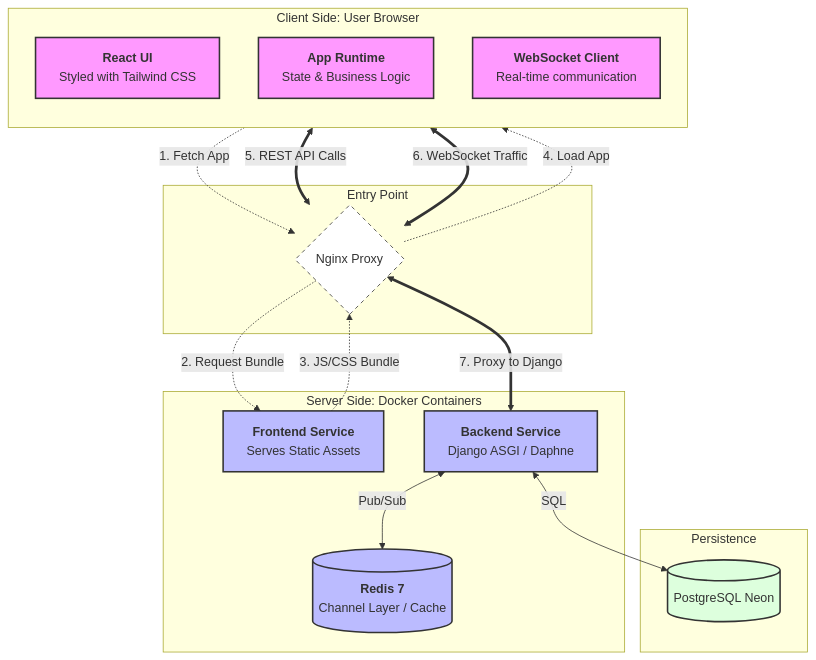
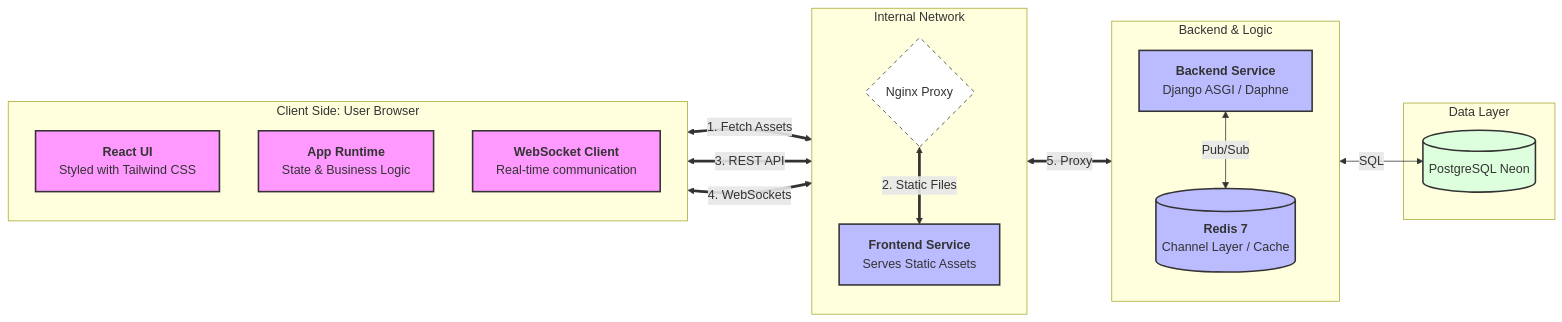
Before and after one commit to antekgorski/ft_transcendence: the first of 2 diagrams in README.md, drawn with Mermaid. The commit also changed other lines of this file, not shown here.

Commit message:
Refactor infrastructure diagram to Left-to-Right layout with logical grouping

````diff
--- a/README.md
+++ b/README.md
@@ -70,49 +70,49 @@
 ```mermaid
-flowchart TD
+flowchart LR
     subgraph Client [Client Side: User Browser]
         direction TB
         UI[<b>React UI</b><br/>Styled with Tailwind CSS]
         Logic[<b>App Runtime</b><br/>State & Business Logic]
         WS_Client[<b>WebSocket Client</b><br/>Real-time communication]
     end
 
-    subgraph Gateway [Entry Point]
+    subgraph ServiceMesh [Internal Network]
+        direction TB
         Nginx{Nginx Proxy}
+        FE_Srv[<b>Frontend Service</b><br/>Serves Static Assets]
     end
 
-    subgraph DockerServices [Server Side: Docker Containers]
-        FE[<b>Frontend Service</b><br/>Serves Static Assets]
+    subgraph BackendCluster [Backend & Logic]
+        direction TB
         BE[<b>Backend Service</b><br/>Django ASGI / Daphne]
         RD[(<b>Redis 7</b><br/>Channel Layer / Cache)]
     end
 
-    subgraph External [Persistence]
+    subgraph Persistence [Data Layer]
         DB[(PostgreSQL Neon)]
     end
 
-    %% Step 1: Delivery of the frontend application
-    UI -.->|1. Fetch App| Nginx
-    Nginx -.->|2. Request Bundle| FE
-    FE -.->|3. JS/CSS Bundle| Nginx
-    Nginx -.->|4. Load App| UI
+    %% Flow: Loading the App (Left to Center)
+    UI <==>|1. Fetch Assets| Nginx
+    Nginx <==>|2. Static Files| FE_Srv
 
-    %% Step 2: Runtime API communication
-    Logic <==>|5. REST API Calls| Nginx
-    WS_Client <==>|6. WebSocket Traffic| Nginx
-    Nginx <==>|7. Proxy to Django| BE
+    %% Flow: Runtime Communication (Left to Right)
+    Logic <==>|3. REST API| Nginx
+    WS_Client <==>|4. WebSockets| Nginx
+    Nginx <==>|5. Proxy| BE
 
-    %% Step 3: Server-side data management
+    %% Internal Backend Flow
     BE <-->|Pub/Sub| RD
     BE <-->|SQL| DB
 
     %% Styling
     classDef browser fill:#f9f,stroke:#333,stroke-width:2px;
     classDef container fill:#bbf,stroke:#333,stroke-width:2px;
     classDef proxy fill:#fff,stroke:#333,stroke-dasharray: 5 5;
     classDef storage fill:#dfd,stroke:#333,stroke-width:2px;
     
     class UI,Logic,WS_Client browser;
-    class FE,BE,RD container;
+    class FE_Srv,BE,RD container;
     class Nginx proxy;
     class DB storage;
 ```
````
